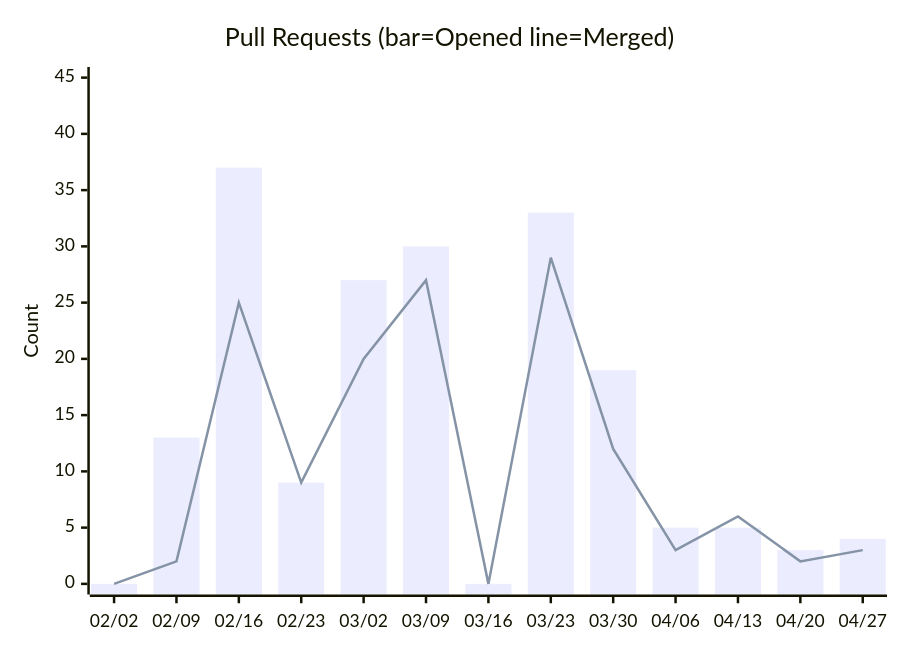
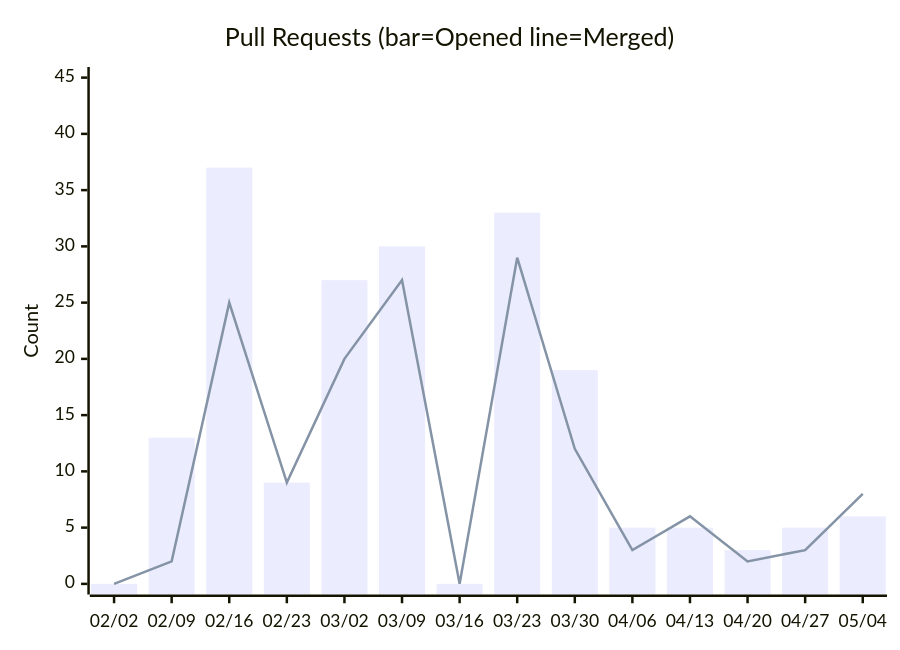
The sixth of 14 diagrams in docs/metrics.md (nablarch/nabledge-dev), drawn with Mermaid before and after one commit. The commit also changed other lines of this file and 2 other files, not shown here.

````diff
--- a/docs/metrics.md
+++ b/docs/metrics.md
@@ -100,8 +100,8 @@
 ```mermaid
 xychart-beta
   title "Pull Requests (bar=Opened  line=Merged)"
-  x-axis ["02/02", "02/09", "02/16", "02/23", "03/02", "03/09", "03/16", "03/23", "03/30", "04/06", "04/13", "04/20", "04/27"]
+  x-axis ["02/02", "02/09", "02/16", "02/23", "03/02", "03/09", "03/16", "03/23", "03/30", "04/06", "04/13", "04/20", "04/27", "05/04"]
   y-axis "Count" 0 --> 45
-  bar [0, 13, 37, 9, 27, 30, 0, 33, 19, 5, 5, 3, 4]
-  line [0, 2, 25, 9, 20, 27, 0, 29, 12, 3, 6, 2, 3]
+  bar [0, 13, 37, 9, 27, 30, 0, 33, 19, 5, 5, 3, 5, 6]
+  line [0, 2, 25, 9, 20, 27, 0, 29, 12, 3, 6, 2, 3, 8]
 ```
````
